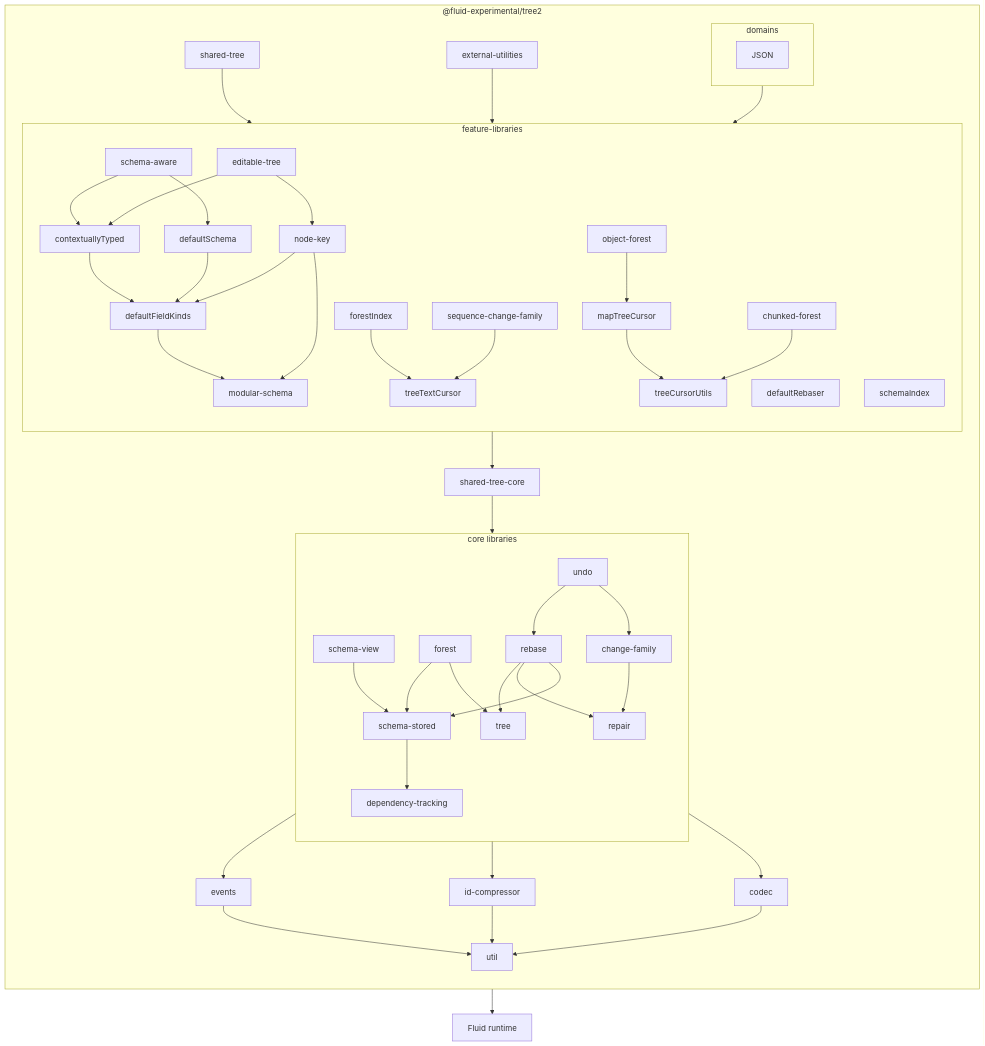
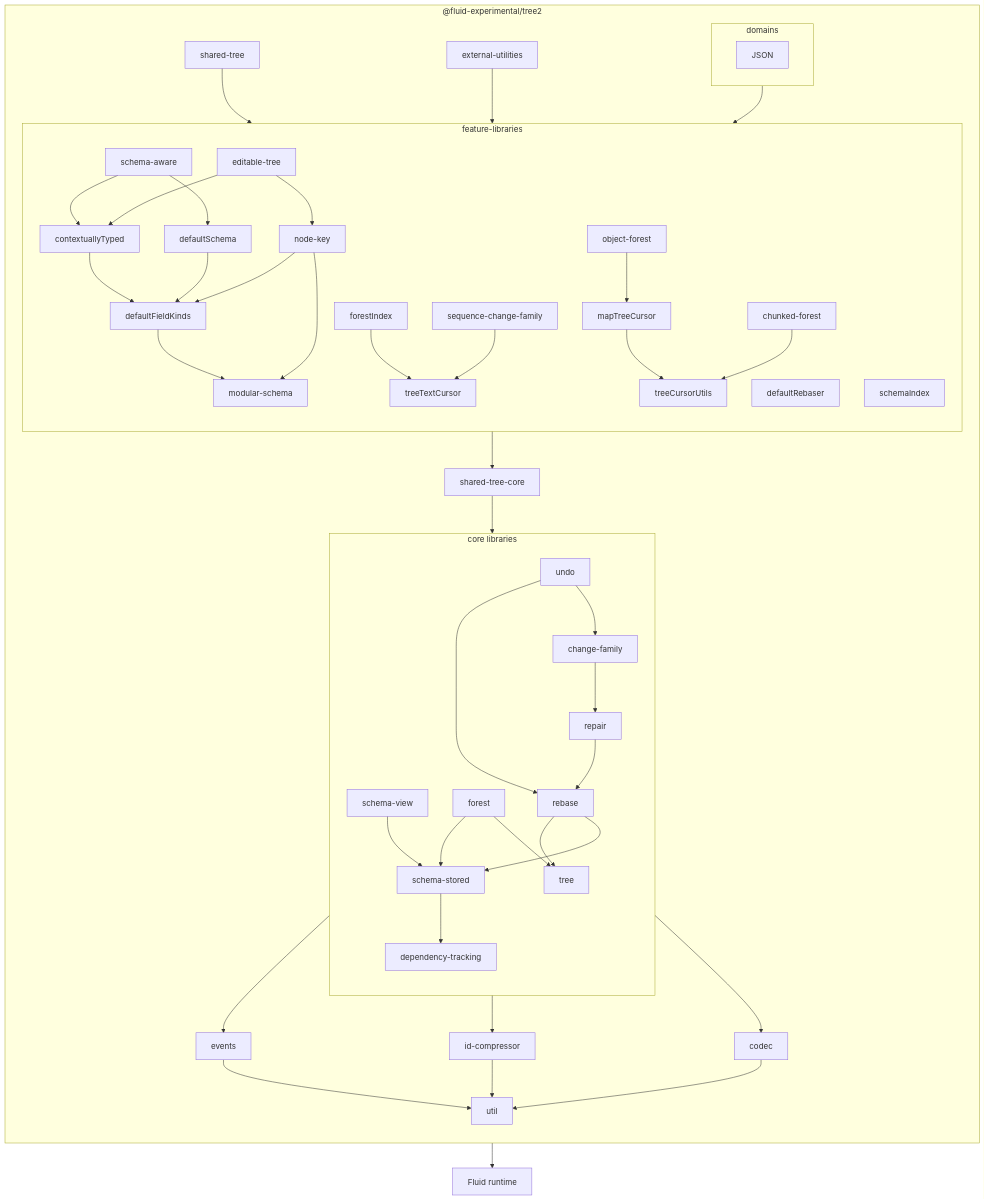
One commit to microsoft/FluidFramework changed the sixth of 6 diagrams in experimental/dds/tree2/README.md. Above: the diagram before and after it, drawn with Mermaid.

Commit message:
Update dep graph

````diff
--- a/experimental/dds/tree2/README.md
+++ b/experimental/dds/tree2/README.md
@@ -318,52 +318,52 @@
 ```mermaid
 flowchart
     direction TB
     subgraph package ["@fluid-experimental/tree2"]
         direction TB
         subgraph core ["core libraries"]
             direction TB
             schema-view
             forest-->schema-stored
             rebase-->tree
             change-family-->repair
-            rebase-->repair
+            repair-->rebase
             schema-stored-->dependency-tracking
             schema-view-->schema-stored
             dependency-tracking
             forest-->tree
             undo-->rebase
             undo-->change-family
             rebase-->schema-stored
         end
         core-->events-->util
         core-->id-compressor-->util
         core-->codec-->util
         feature-->shared-tree-core
         shared-tree-core-->core
         shared-tree-->feature
         external-utilities-->feature
         subgraph feature ["feature-libraries"]
             direction TB
             schema-aware-->defaultSchema
             schema-aware-->contextuallyTyped
             editable-tree-->contextuallyTyped
             editable-tree-->node-key
             defaultRebaser
             contextuallyTyped-->defaultFieldKinds
             defaultSchema-->defaultFieldKinds-->modular-schema
             forestIndex-->treeTextCursor
             modular-schema
             node-key-->modular-schema
             node-key-->defaultFieldKinds
             object-forest-->mapTreeCursor-->treeCursorUtils
             chunked-forest-->treeCursorUtils
             schemaIndex
             sequence-change-family-->treeTextCursor
         end
         subgraph domains
             JSON
         end
         domains-->feature
     end
     package-->runtime["Fluid runtime"]
 ```
````
